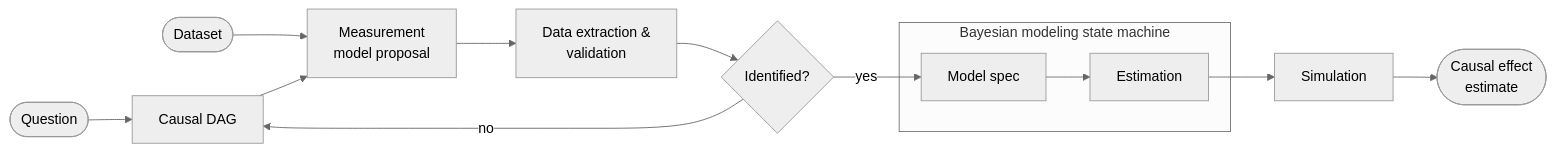
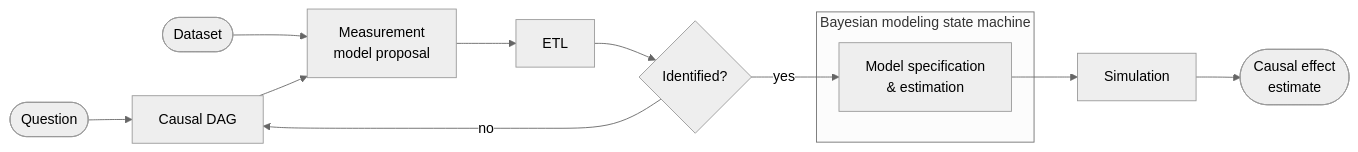
The diagram in README.md (ma9o/causal-ssm-agent), drawn with Mermaid (neutral theme) before and after one commit.

````diff
--- a/README.md
+++ b/README.md
@@ -14,23 +14,21 @@
 ```mermaid
 flowchart LR
   Q(["Question"])
   DS(["Dataset"])
   L["Causal DAG"]
   M["Measurement\nmodel proposal"]
-  DSC["Data extraction &\nvalidation"]
   ID{"Identified?"}
-  MS["Model spec"]
-  EST["Estimation"]
+  MS["Model specification\n& estimation"]
   SIM["Simulation"]
   R(["Causal effect\nestimate"])
 
   Q --> L 
   DS --> M 
-  L --> M --> DSC --> ID
+  L --> M --> ETL --> ID
   ID -- yes --> MS
   subgraph Bayesian modeling state machine 
-  MS --> EST
+  MS
   end
-  EST --> SIM --> R
+  MS --> SIM --> R
   ID -- no --> L
 ```
````
